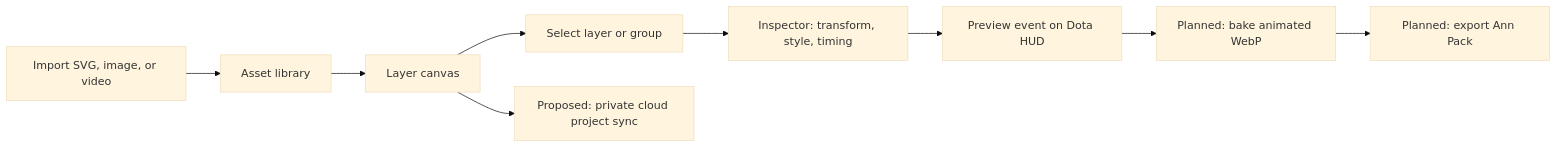
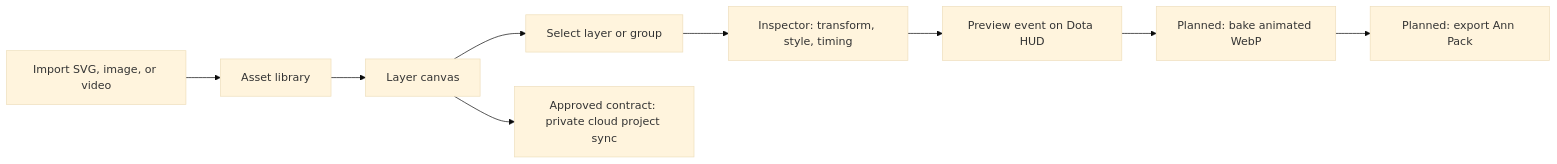
Before and after one commit to Freshair129/G-Suite: the diagram in packages/ann-studio/docs/g-overlay-lab-figma-editor-spec.md, drawn with Mermaid (base theme). The commit also changed other lines of this file and 15 other files, not shown here.

Commit message:
feat(ann-studio): authorize private cloud sync contract

````diff
--- a/packages/ann-studio/docs/g-overlay-lab-figma-editor-spec.md
+++ b/packages/ann-studio/docs/g-overlay-lab-figma-editor-spec.md
@@ -31,11 +31,11 @@
 ```mermaid
 flowchart LR
   A[Import SVG, image, or video] --> B[Asset library]
   B --> C[Layer canvas]
   C --> D[Select layer or group]
   D --> E[Inspector: transform, style, timing]
   E --> F[Preview event on Dota HUD]
   F --> G[Planned: bake animated WebP]
   G --> H[Planned: export Ann Pack]
-  C --> I[Proposed: private cloud project sync]
+  C --> I[Approved contract: private cloud project sync]
 ```
````
